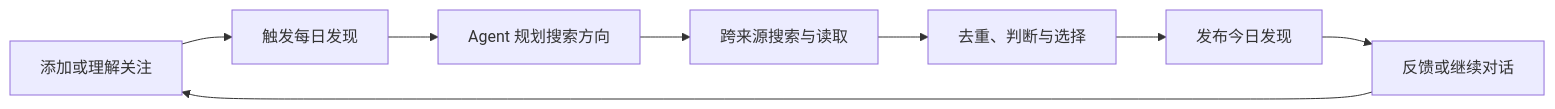
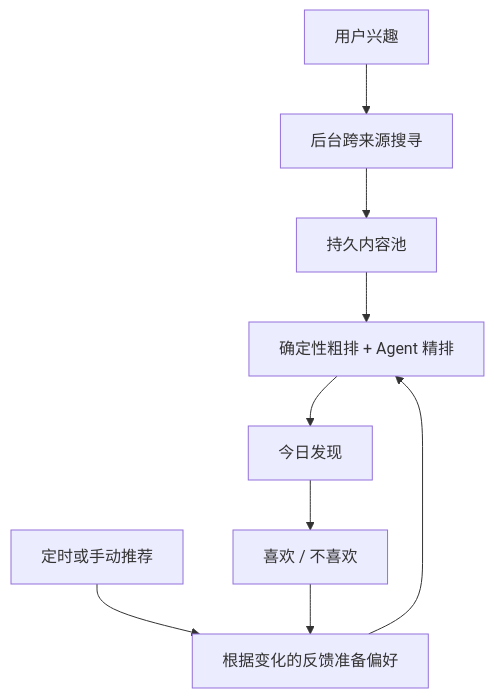
One commit to anwen0724/megumi changed the diagram in README.zh-CN.md. Above: the diagram before and after it, drawn with Mermaid. The commit also changed other lines of this file and 1 other file, not shown here.

````diff
--- a/README.zh-CN.md
+++ b/README.zh-CN.md
@@ -42,10 +40,11 @@
 ```mermaid
-flowchart LR
-    A["添加或理解关注"] --> B["触发每日发现"]
-    B --> C["Agent 规划搜索方向"]
-    C --> D["跨来源搜索与读取"]
-    D --> E["去重、判断与选择"]
-    E --> F["发布今日发现"]
-    F --> G["反馈或继续对话"]
-    G --> A
+flowchart TD
+    I["用户兴趣"] --> S["后台跨来源搜寻"]
+    S --> P["持久内容池"]
+    T["定时或手动推荐"] --> L["根据变化的反馈准备偏好"]
+    F["喜欢 / 不喜欢"] --> L
+    L --> R["确定性粗排 + Agent 精排"]
+    P --> R
+    R --> D["今日发现"]
+    D --> F
 ```
````
